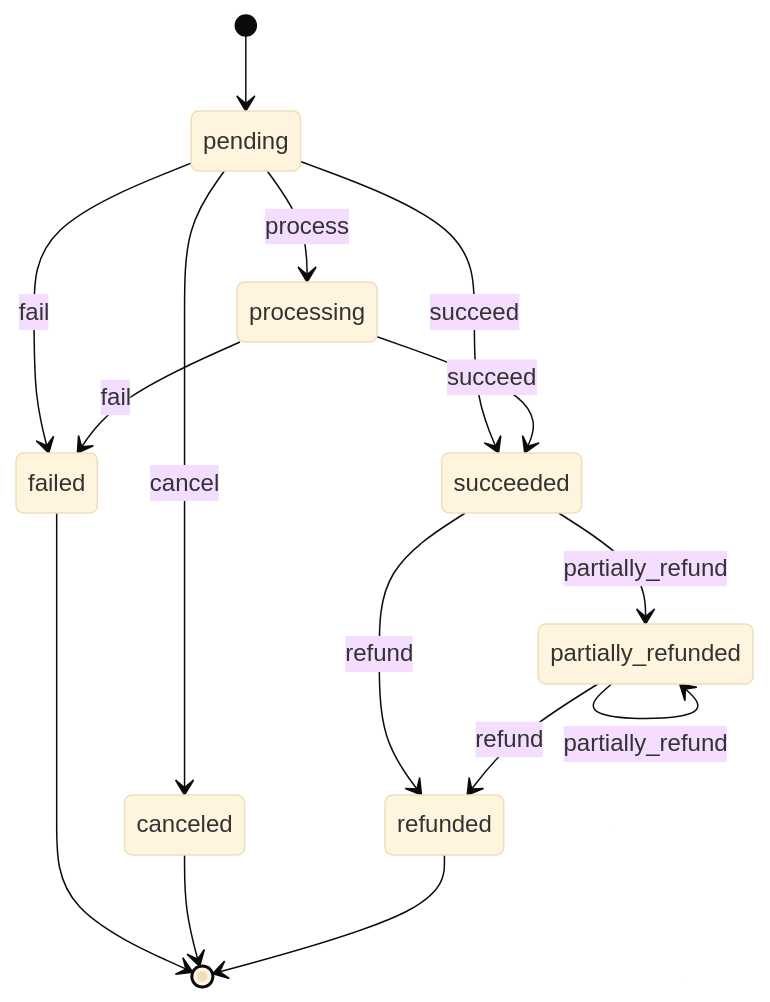
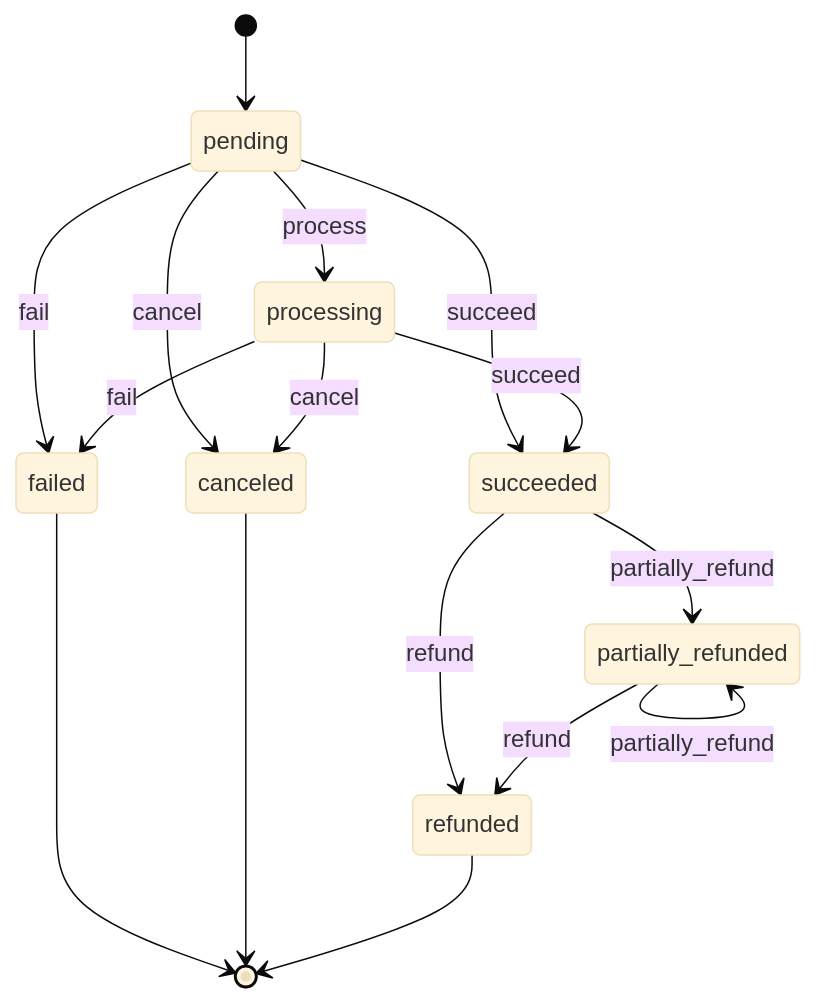
The third of 4 diagrams in _docs_src/domain/07-state-machines.md (kidiatoliny/payable-docs), drawn with Mermaid (base theme) before and after one commit. The commit also changed other lines of this file and 19 other files, not shown here.

````diff
--- a/_docs_src/domain/07-state-machines.md
+++ b/_docs_src/domain/07-state-machines.md
@@ -207,17 +206,18 @@
 ```mermaid
 stateDiagram-v2
   [*] --> pending
   pending --> processing: process
   pending --> succeeded: succeed
   pending --> failed: fail
   pending --> canceled: cancel
   processing --> succeeded: succeed
   processing --> failed: fail
+  processing --> canceled: cancel
   succeeded --> refunded: refund
   succeeded --> partially_refunded: partially_refund
   partially_refunded --> refunded: refund
   partially_refunded --> partially_refunded: partially_refund
   failed --> [*]
   canceled --> [*]
   refunded --> [*]
 ```
````
